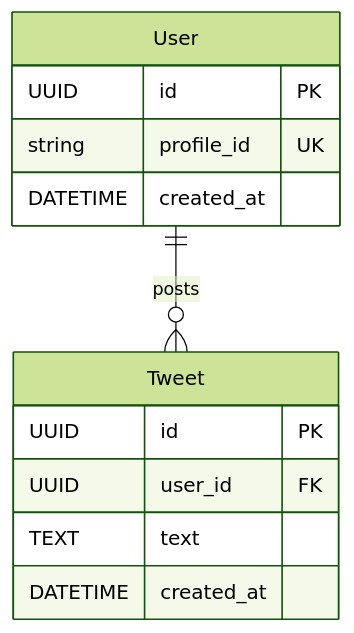
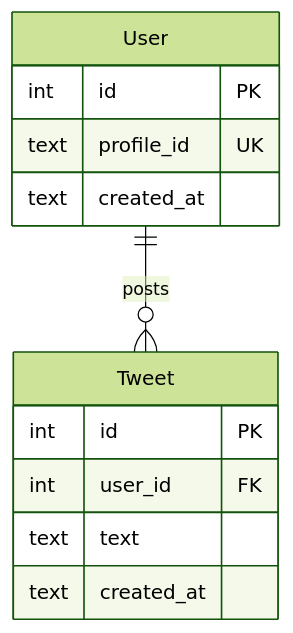
The diagram in docs/er-diragram.md (nakajima97/2025-simple-sns), drawn with Mermaid (forest theme) before and after one commit. The commit also changed 3 other files, not shown here.

````diff
--- a/docs/er-diragram.md
+++ b/docs/er-diragram.md
@@ -1,18 +1,18 @@
 ```mermaid
 erDiagram
     User {
-        UUID id PK
-        string profile_id UK
-        DATETIME created_at
+        int id PK
+        text profile_id UK
+        text created_at
     }
 
     Tweet {
-        UUID id PK
-        UUID user_id FK
-        TEXT text
-        DATETIME created_at
+        int id PK
+        int user_id FK
+        text text
+        text created_at
     }
 
     User ||--o{ Tweet : "posts"
 
 ```
````
